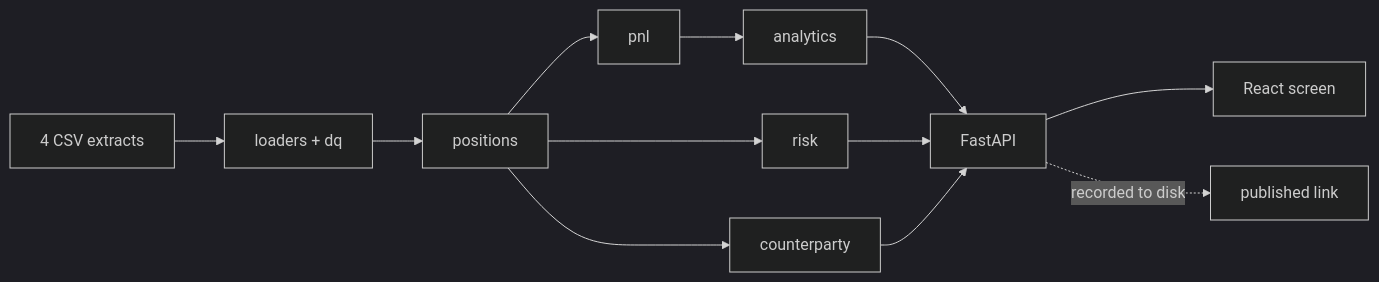
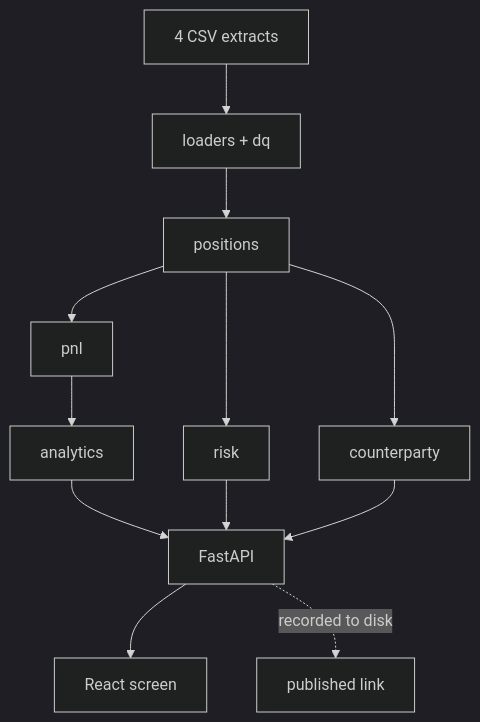
Before and after one commit to akaloic/risk-pnl-dashboard: the first of 2 diagrams in README.md, drawn with Mermaid (dark theme). The commit also changed other lines of this file, not shown here.

First line of the commit message:
docs: stand both diagrams up, so GitHub's overlay stops clipping them

````diff
--- a/README.md
+++ b/README.md
@@ -21,8 +21,9 @@
 ```mermaid
-flowchart LR
+flowchart TD
   CSV["4 CSV extracts"] --> ingest["loaders + dq"] --> positions
-  positions --> pnl --> analytics --> api["FastAPI"] --> ui["React screen"]
+  positions --> pnl --> analytics --> api["FastAPI"]
   positions --> risk --> api
   positions --> counterparty --> api
+  api --> ui["React screen"]
   api -. "recorded to disk" .-> pages["published link"]
 ```
````
